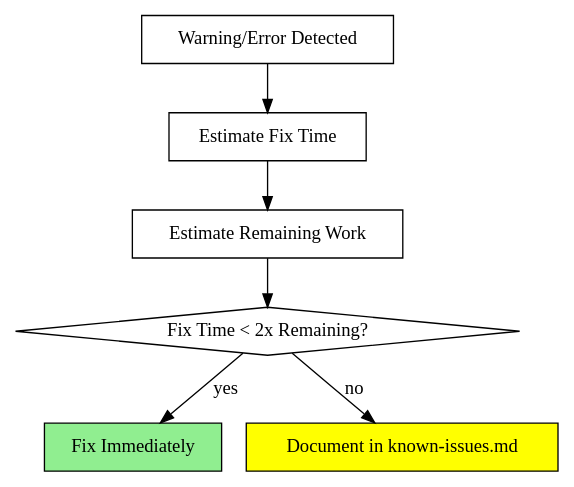
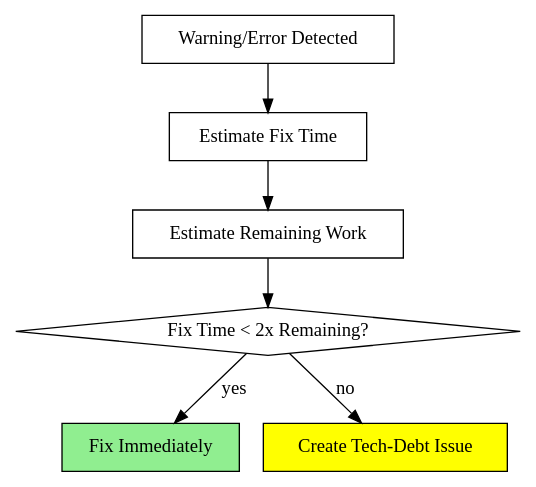
One commit to mcj-coder/development-skills changed the diagram in skills/broken-window/SKILL.md. Above: the diagram before and after it, drawn with Graphviz. The commit also changed other lines of this file and 1 other file, not shown here.

First line of the commit message:
docs: correct tech-debt process (issues not known-issues.md)

````diff
--- a/skills/broken-window/SKILL.md
+++ b/skills/broken-window/SKILL.md
@@ -26,16 +26,16 @@
 ```dot
 digraph fix_decision {
     "Warning/Error Detected" [shape=box];
     "Estimate Fix Time" [shape=box];
     "Estimate Remaining Work" [shape=box];
     "Fix Time < 2x Remaining?" [shape=diamond];
     "Fix Immediately" [shape=box, style=filled, fillcolor=lightgreen];
-    "Document in known-issues.md" [shape=box, style=filled, fillcolor=yellow];
+    "Create Tech-Debt Issue" [shape=box, style=filled, fillcolor=yellow];
 
     "Warning/Error Detected" -> "Estimate Fix Time";
     "Estimate Fix Time" -> "Estimate Remaining Work";
     "Estimate Remaining Work" -> "Fix Time < 2x Remaining?";
     "Fix Time < 2x Remaining?" -> "Fix Immediately" [label="yes"];
-    "Fix Time < 2x Remaining?" -> "Document in known-issues.md" [label="no"];
+    "Fix Time < 2x Remaining?" -> "Create Tech-Debt Issue" [label="no"];
 }
 ```
````
